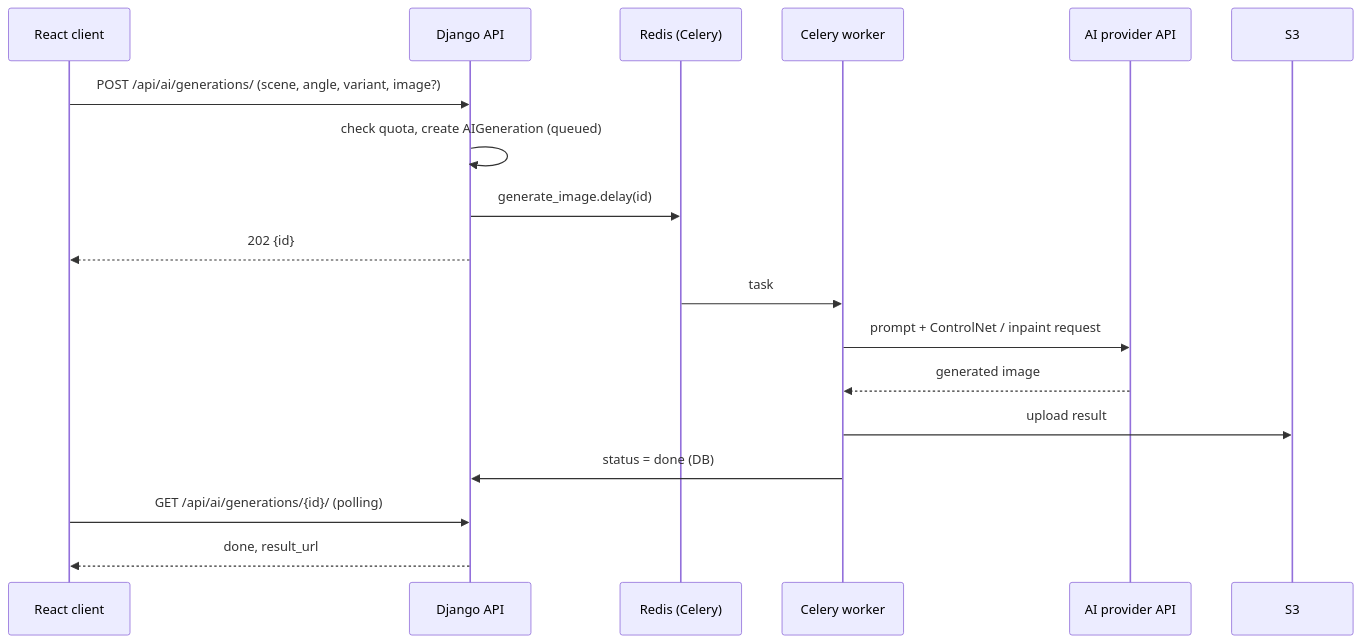
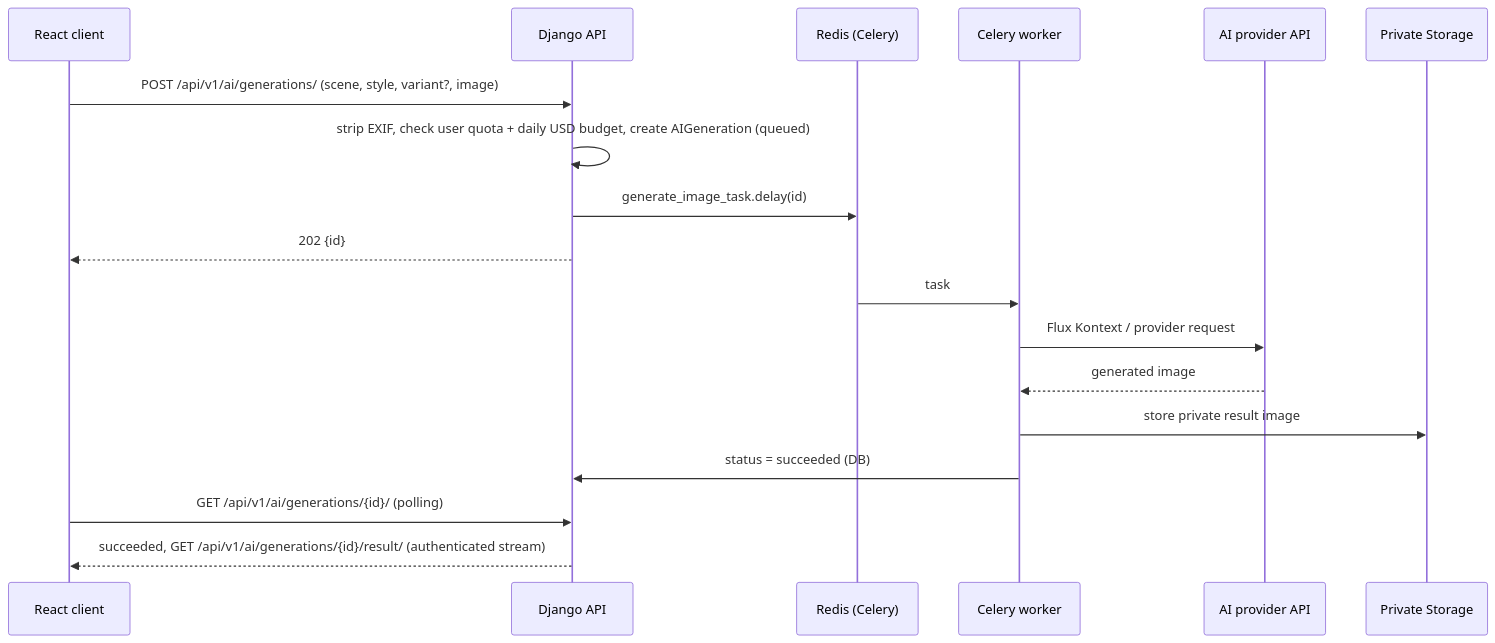
One commit to Casperu20/Onlywheels changed the fourth of 5 diagrams in docs/architecture/ARCHITECTURE.md. Above: the diagram before and after it, drawn with Mermaid. The commit also changed other lines of this file and 2 other files, not shown here.

Commit message:
docs(architecture,api): sync architecture, API conventions, and project structure with Phase 2 & Android

````diff
--- a/docs/architecture/ARCHITECTURE.md
+++ b/docs/architecture/ARCHITECTURE.md
@@ -321,20 +321,20 @@
 ```mermaid
 sequenceDiagram
   participant C as React client
   participant A as Django API
   participant Q as Redis (Celery)
   participant W as Celery worker
   participant P as AI provider API
-  participant S as S3
-  C->>A: POST /api/ai/generations/ (scene, angle, variant, image?)
-  A->>A: check quota, create AIGeneration (queued)
-  A->>Q: generate_image.delay(id)
+  participant S as Private Storage
+  C->>A: POST /api/v1/ai/generations/ (scene, style, variant?, image)
+  A->>A: strip EXIF, check user quota + daily USD budget, create AIGeneration (queued)
+  A->>Q: generate_image_task.delay(id)
   A-->>C: 202 {id}
   Q->>W: task
-  W->>P: prompt + ControlNet / inpaint request
+  W->>P: Flux Kontext / provider request
   P-->>W: generated image
-  W->>S: upload result
-  W->>A: status = done (DB)
-  C->>A: GET /api/ai/generations/{id}/ (polling)
-  A-->>C: done, result_url
+  W->>S: store private result image
+  W->>A: status = succeeded (DB)
+  C->>A: GET /api/v1/ai/generations/{id}/ (polling)
+  A-->>C: succeeded, GET /api/v1/ai/generations/{id}/result/ (authenticated stream)
 ```
````
